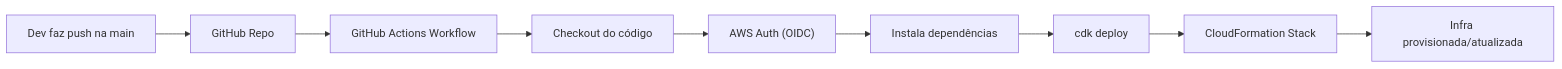
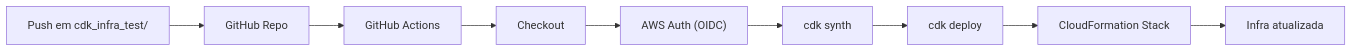
The sixth of 6 diagrams in README.md (enkumamoto/cdk_infra_test), drawn with Mermaid before and after one commit. The commit also changed other lines of this file and 9 other files, not shown here.

````diff
--- a/README.md
+++ b/README.md
@@ -306,14 +421,11 @@
 ```mermaid
 flowchart LR
-    Dev["Dev faz push na main"] --> GitHub["GitHub Repo"]
-
-    GitHub --> Actions["GitHub Actions Workflow"]
-
-    Actions --> Checkout["Checkout do código"]
+    Dev["Push em cdk_infra_test/"] --> GitHub["GitHub Repo"]
+    GitHub --> Actions["GitHub Actions"]
+    Actions --> Checkout["Checkout"]
     Checkout --> Auth["AWS Auth (OIDC)"]
-    Auth --> Deps["Instala dependências"]
-    Deps --> CDK["cdk deploy"]
-
-    CDK --> CloudFormation["CloudFormation Stack"]
-    CloudFormation --> Infra["Infra provisionada/atualizada"]
+    Auth --> Synth["cdk synth"]
+    Synth --> Deploy["cdk deploy"]
+    Deploy --> CFN["CloudFormation Stack"]
+    CFN --> Infra["Infra atualizada"]
 ```
````
